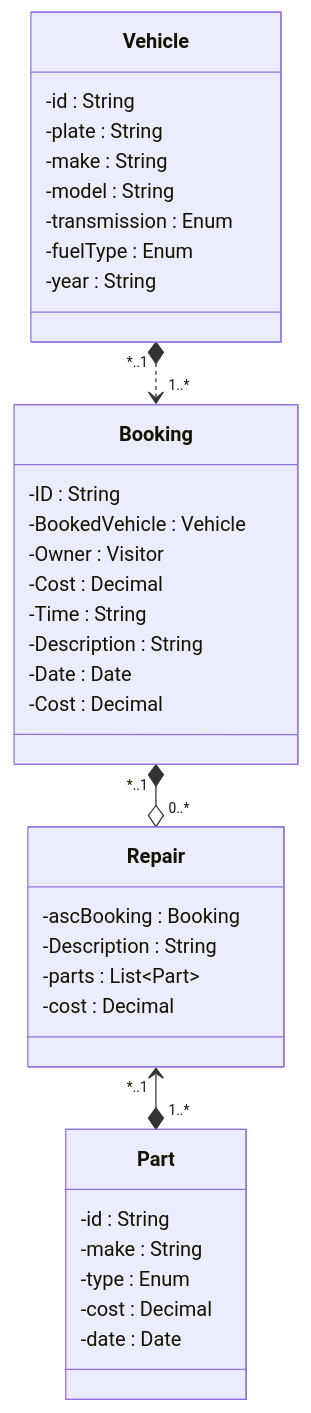
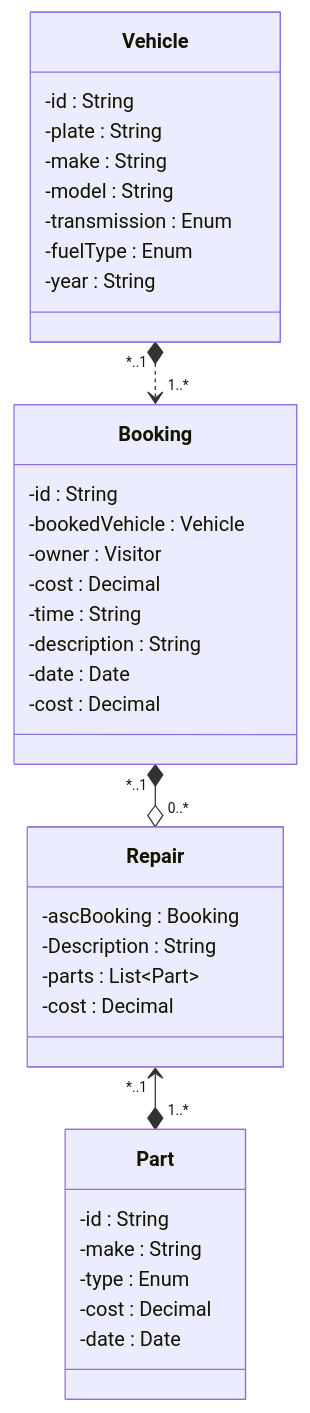
The fifth of 6 diagrams in DEVELOPMENT.md (c3zbucket/advancedprogramming-project), drawn with Mermaid before and after one commit. The commit also changed other lines of this file, not shown here.

Commit message:
Append dev diary with updated final uml

`````diff
--- a/DEVELOPMENT.md
+++ b/DEVELOPMENT.md
@@ -157,39 +155,38 @@
 ````mermaid
 classDiagram
     Booking "*..1" *--o "0..*" Repair
     Repair "*..1" <--* "1..*" Part
     Vehicle "*..1" *..> "1..*" Booking
-    
     class Vehicle{
         -id : String
         -plate : String
         -make : String
         -model : String
         -transmission : Enum
         -fuelType : Enum
         -year : String
     }
     class Booking{
-        -ID : String
-        -BookedVehicle : Vehicle
-        -Owner : Visitor
-        -Cost : Decimal
-        -Time : String
-        -Description : String
-        -Date : Date
-        -Cost : Decimal
+        -id : String
+        -bookedVehicle : Vehicle
+        -owner : Visitor
+        -cost : Decimal
+        -time : String
+        -description : String
+        -date : Date
+        -cost : Decimal
     }
     class Repair {
         -ascBooking : Booking
         -Description : String
         -parts : List~Part~
         -cost : Decimal
     }
     class Part {
         -id : String
         -make : String
         -type : Enum
         -cost : Decimal
         -date : Date
     }
 ```` 
`````
